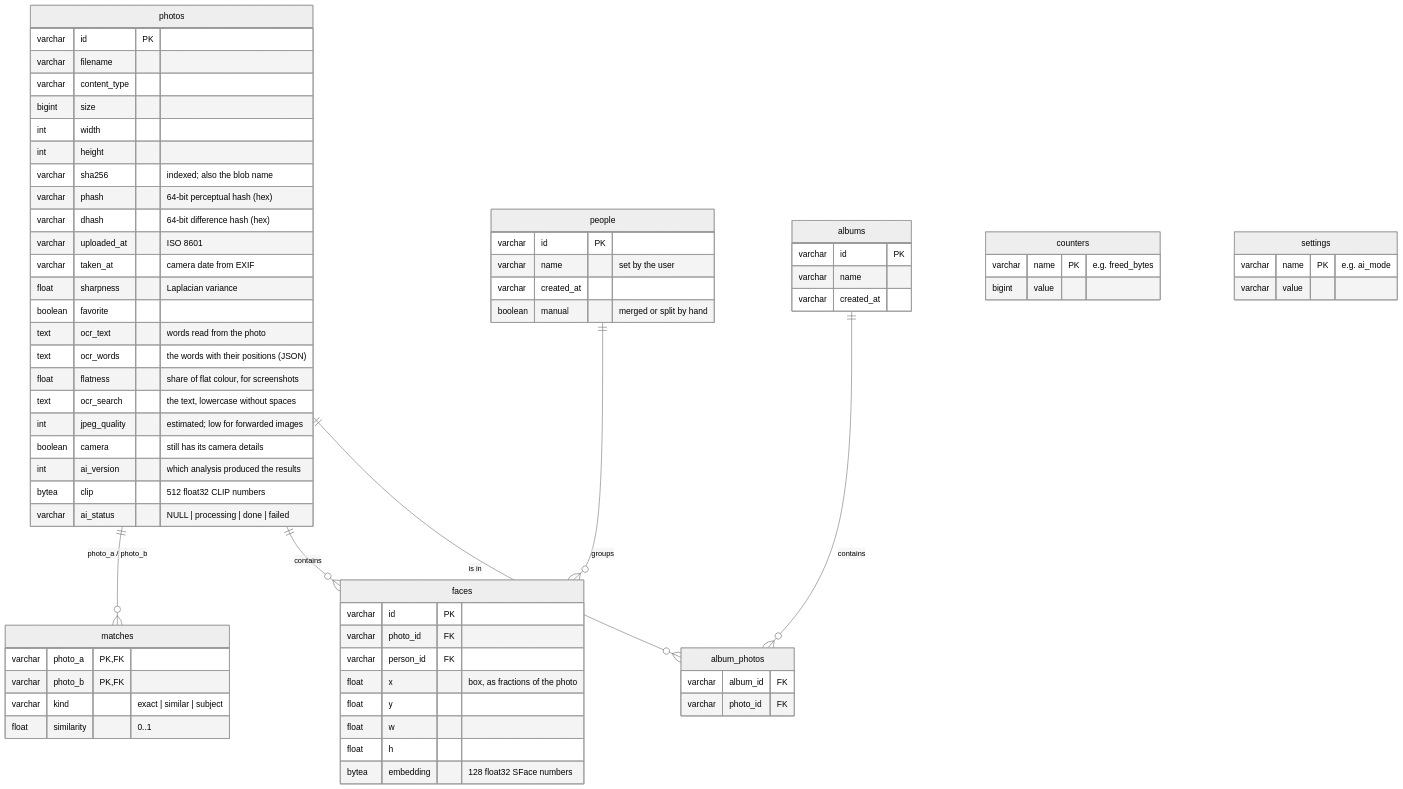
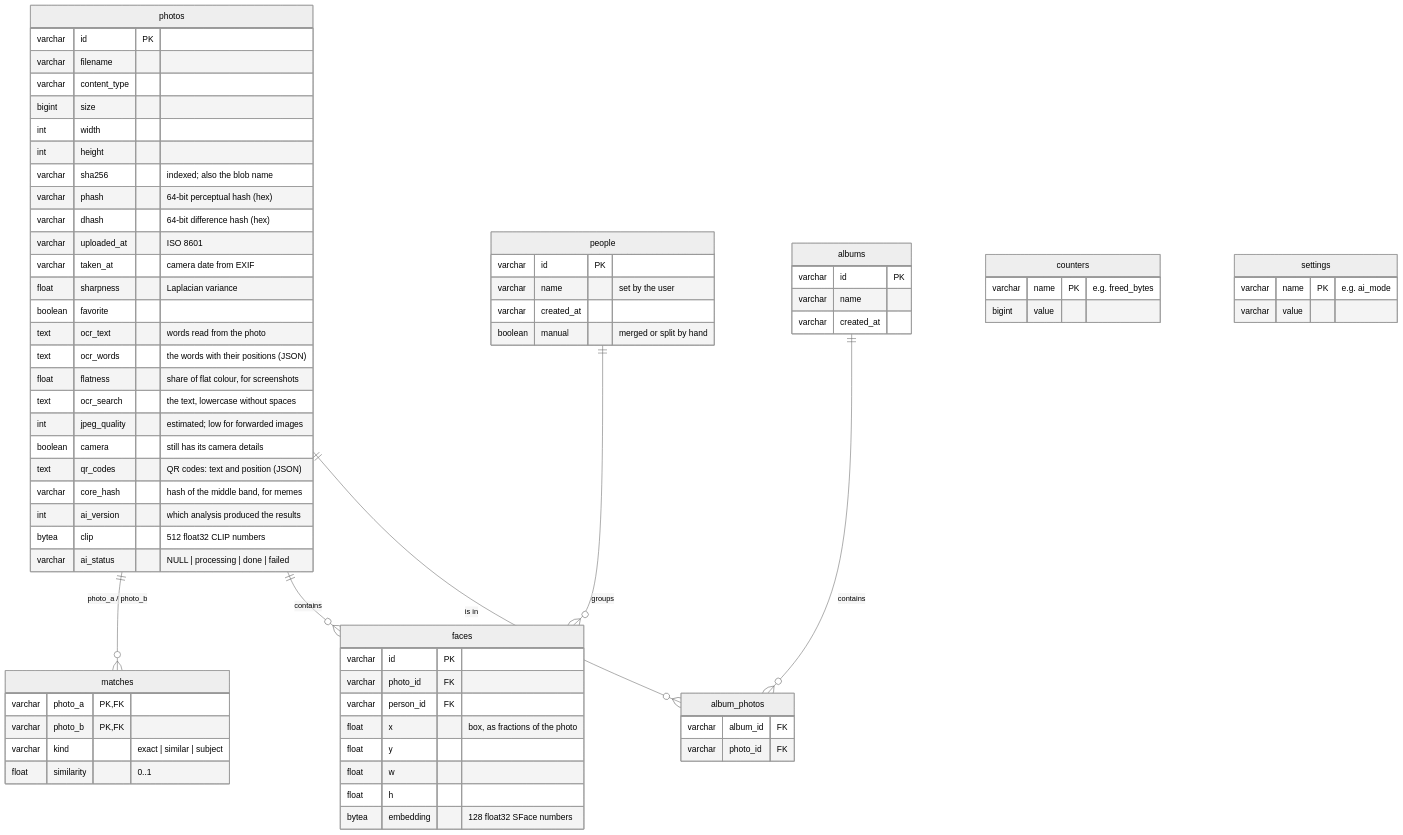
One commit to Arnav-Dugad/imagevault-ai changed the third of 4 diagrams in docs/technical-design-document.md. Above: the diagram before and after it, drawn with Mermaid (neutral theme). The commit also changed other lines of this file and 28 other files, not shown here.

````diff
--- a/docs/technical-design-document.md
+++ b/docs/technical-design-document.md
@@ -184,71 +186,73 @@
 ```mermaid
 erDiagram
     photos ||--o{ matches : "photo_a / photo_b"
     photos ||--o{ faces : "contains"
     people ||--o{ faces : "groups"
     albums ||--o{ album_photos : "contains"
     photos ||--o{ album_photos : "is in"
     photos {
         varchar id PK
         varchar filename
         varchar content_type
         bigint size
         int width
         int height
         varchar sha256 "indexed; also the blob name"
         varchar phash "64-bit perceptual hash (hex)"
         varchar dhash "64-bit difference hash (hex)"
         varchar uploaded_at "ISO 8601"
         varchar taken_at "camera date from EXIF"
         float sharpness "Laplacian variance"
         boolean favorite
         text ocr_text "words read from the photo"
         text ocr_words "the words with their positions (JSON)"
         float flatness "share of flat colour, for screenshots"
         text ocr_search "the text, lowercase without spaces"
         int jpeg_quality "estimated; low for forwarded images"
         boolean camera "still has its camera details"
+        text qr_codes "QR codes: text and position (JSON)"
+        varchar core_hash "hash of the middle band, for memes"
         int ai_version "which analysis produced the results"
         bytea clip "512 float32 CLIP numbers"
         varchar ai_status "NULL | processing | done | failed"
     }
     matches {
         varchar photo_a PK, FK
         varchar photo_b PK, FK
         varchar kind "exact | similar | subject"
         float similarity "0..1"
     }
     faces {
         varchar id PK
         varchar photo_id FK
         varchar person_id FK
         float x "box, as fractions of the photo"
         float y
         float w
         float h
         bytea embedding "128 float32 SFace numbers"
     }
     people {
         varchar id PK
         varchar name "set by the user"
         varchar created_at
         boolean manual "merged or split by hand"
     }
     counters {
         varchar name PK "e.g. freed_bytes"
         bigint value
     }
     settings {
         varchar name PK "e.g. ai_mode"
         varchar value
     }
     albums {
         varchar id PK
         varchar name
         varchar created_at
     }
     album_photos {
         varchar album_id FK
         varchar photo_id FK
     }
 ```
````
